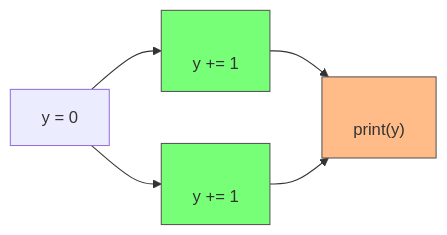
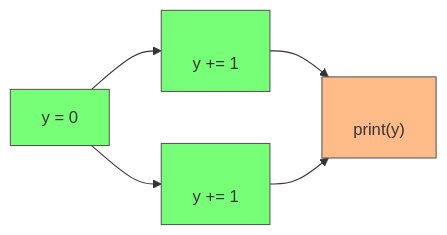
The sixth of 7 diagrams in pages/parallelism-in-rust.md (moseschmiedel/slides-parallel-programming-with-rust), drawn with Mermaid before and after one commit. The commit also changed other lines of this file and 1 other file, not shown here.

````diff
--- a/pages/parallelism-in-rust.md
+++ b/pages/parallelism-in-rust.md
@@ -390,14 +393,15 @@
 ```mermaid {scale: 1.2}
 graph LR
 s1["y = 0"]
 tA1["\ny += 1"]
 tB1["\ny += 1"]
 s2["\nprint(y)"]
 s1 --> tA1
 s1 --> tB1
 tA1 --> s2
 tB1 --> s2
+style s1 fill:#77ff77,stroke:#555
 style tA1 fill:#77ff77,stroke:#555
 style tB1 fill:#77ff77,stroke:#555
 style s2 fill:#ffbb88,stroke:#555
 ```
````
